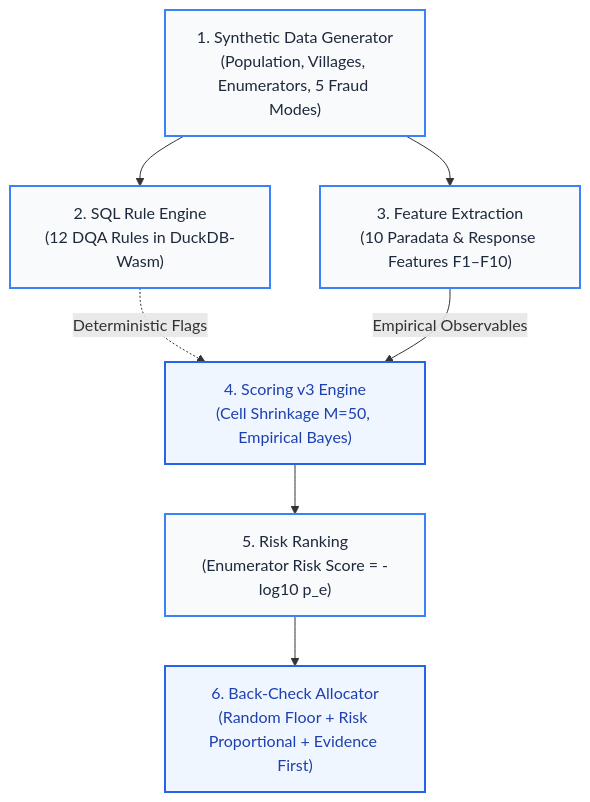
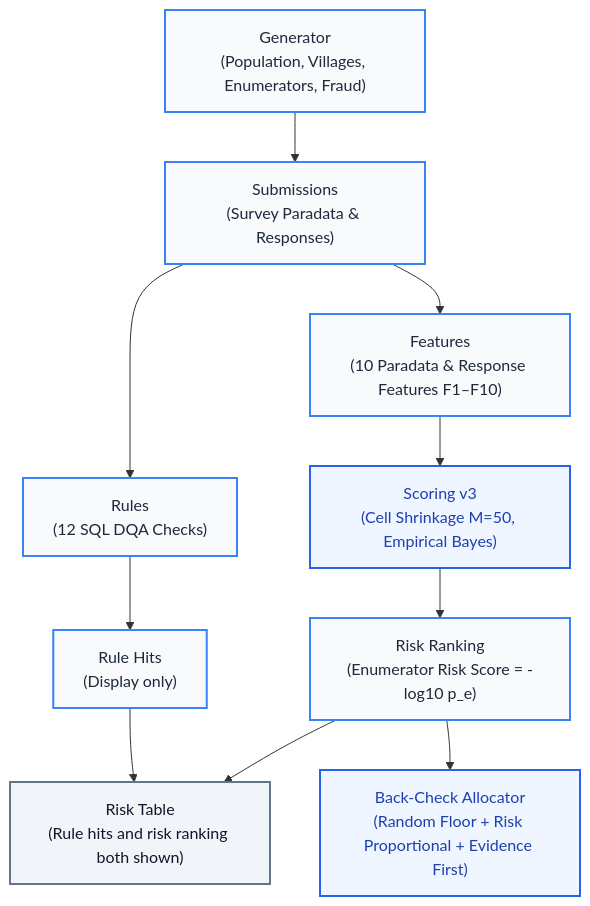
Before and after one commit to TahmidShafi/curbstone: the diagram in site/src/method.md, drawn with Mermaid. The commit also changed 12 other files, not shown here.

Commit message:
fix: realistic 1M benchmark, method diagram, deploy test step, and robustness small-n relabeling

````diff
--- a/site/src/method.md
+++ b/site/src/method.md
@@ -11,19 +11,27 @@
 ```mermaid
 flowchart TD
   classDef stage fill:#f8fafc,stroke:#3b82f6,stroke-width:2px,color:#1e293b;
   classDef highlight fill:#eff6ff,stroke:#2563eb,stroke-width:2px,color:#1e40af;
+  classDef table fill:#f1f5f9,stroke:#64748b,stroke-width:2px,color:#0f172a;
 
-  G["1. Synthetic Data Generator<br/>(Population, Villages, Enumerators, 5 Fraud Modes)"]:::stage
-  R["2. SQL Rule Engine<br/>(12 DQA Rules in DuckDB-Wasm)"]:::stage
-  F["3. Feature Extraction<br/>(10 Paradata & Response Features F1–F10)"]:::stage
-  S["4. Scoring v3 Engine<br/>(Cell Shrinkage M=50, Empirical Bayes)"]:::highlight
-  RK["5. Risk Ranking<br/>(Enumerator Risk Score = -log10 p_e)"]:::stage
-  BA["6. Back-Check Allocator<br/>(Random Floor + Risk Proportional + Evidence First)"]:::highlight
+  GEN["Generator<br/>(Population, Villages, Enumerators, Fraud)"]:::stage
+  SUB["Submissions<br/>(Survey Paradata & Responses)"]:::stage
+  RULES["Rules<br/>(12 SQL DQA Checks)"]:::stage
+  HITS["Rule Hits<br/>(Display only)"]:::stage
+  FEAT["Features<br/>(10 Paradata & Response Features F1–F10)"]:::stage
+  SCORE["Scoring v3<br/>(Cell Shrinkage M=50, Empirical Bayes)"]:::highlight
+  RANK["Risk Ranking<br/>(Enumerator Risk Score = -log10 p_e)"]:::stage
+  ALLOC["Back-Check Allocator<br/>(Random Floor + Risk Proportional + Evidence First)"]:::highlight
+  TAB["Risk Table<br/>(Rule hits and risk ranking both shown)"]:::table
 
-  G --> R
-  G --> F
-  R -.->|Deterministic Flags| S
-  F -->|Empirical Observables| S
-  S --> RK
-  RK --> BA
+  GEN --> SUB
+  SUB --> RULES
+  RULES --> HITS
+  SUB --> FEAT
+  FEAT --> SCORE
+  SCORE --> RANK
+  RANK --> ALLOC
+
+  HITS --> TAB
+  RANK --> TAB
 ```
````
